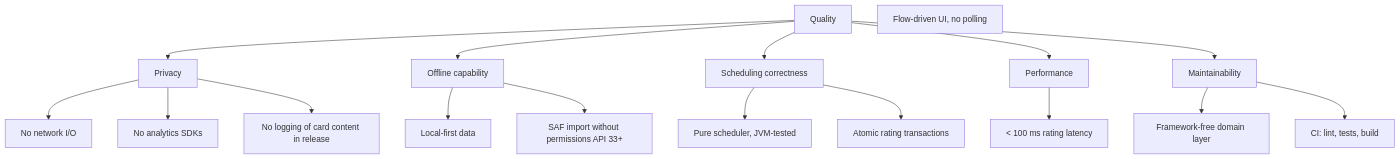
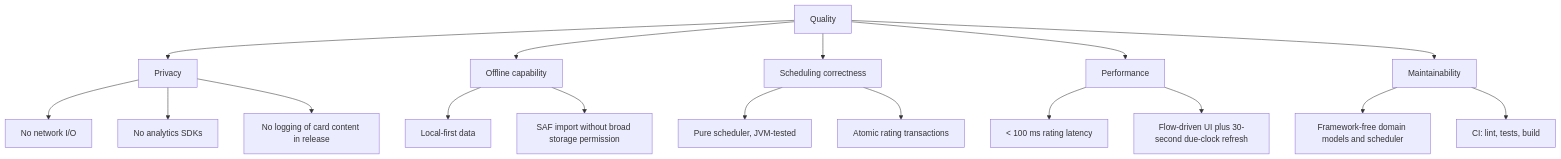
The diagram in docs/arc42/10-quality-requirements.md (patbaumgartner/spaced-repeater-android), drawn with Mermaid before and after one commit. The commit also changed 43 other files, not shown here.

````diff
--- a/docs/arc42/10-quality-requirements.md
+++ b/docs/arc42/10-quality-requirements.md
@@ -17,24 +17,24 @@
 ```mermaid
 flowchart TD
     Root[Quality] --> Priv[Privacy]
     Root --> Offline[Offline capability]
     Root --> Correctness[Scheduling correctness]
     Root --> Perf[Performance]
     Root --> Maint[Maintainability]
 
     Priv --> P1[No network I/O]
     Priv --> P2[No analytics SDKs]
     Priv --> P3[No logging of card content in release]
 
     Offline --> O1[Local-first data]
-    Offline --> O2[SAF import without permissions API 33+]
+    Offline --> O2[SAF import without broad storage permission]
 
     Correctness --> C1[Pure scheduler, JVM-tested]
     Correctness --> C2[Atomic rating transactions]
 
     Perf --> PF1[< 100 ms rating latency]
-    PF2[Flow-driven UI, no polling]
+    Perf --> PF2[Flow-driven UI plus 30-second due-clock refresh]
 
-    Maint --> M1[Framework-free domain layer]
+    Maint --> M1[Framework-free domain models and scheduler]
     Maint --> M2[CI: lint, tests, build]
 ```
````
